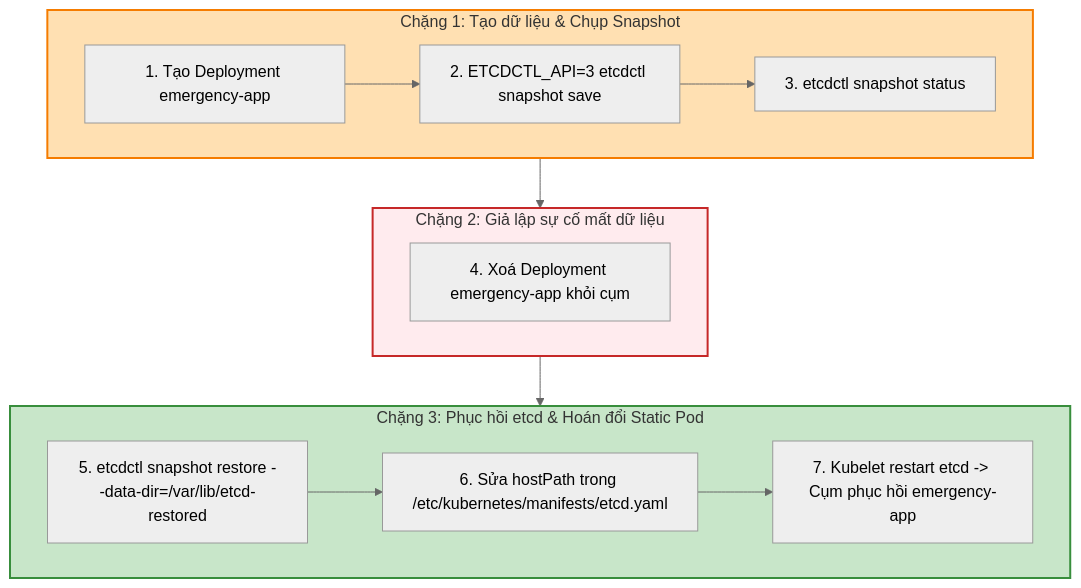
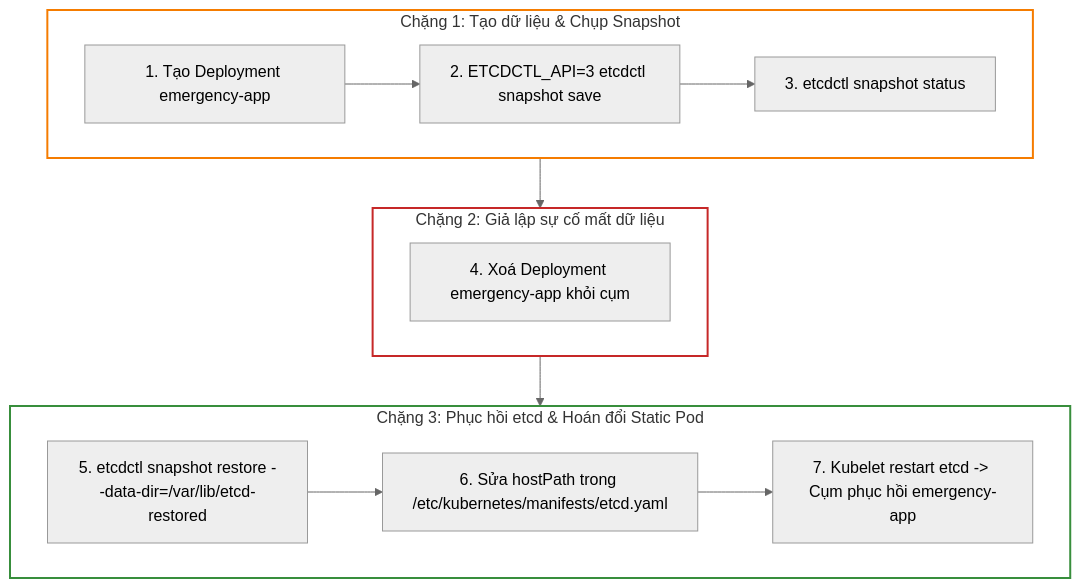
The third of 3 diagrams in _posts/2026-09-12-cka-09-09-etcd-sao-luu-va-phuc-hoi.md (kiennt308/ntk), drawn with Mermaid (neutral theme) before and after one commit. The commit also changed other lines of this file and 207 other files, not shown here.

Commit message:
feat(posts): batch standardize all 208 posts with TL;DR, qa-card accordion, fill:none mermaid, and liquid raw wrappers

````diff
--- a/_posts/2026-09-12-cka-09-09-etcd-sao-luu-va-phuc-hoi.md
+++ b/_posts/2026-09-12-cka-09-09-etcd-sao-luu-va-phuc-hoi.md
@@ -469,23 +473,23 @@
 ```mermaid
 graph TD
     subgraph Phase1 ["Chặng 1: Tạo dữ liệu & Chụp Snapshot"]
         APP["1. Tạo Deployment emergency-app"] --> SAVE["2. ETCDCTL_API=3 etcdctl snapshot save"]
         SAVE --> VERIFY["3. etcdctl snapshot status"]
     end
 
     subgraph Phase2 ["Chặng 2: Giả lập sự cố mất dữ liệu"]
         DEL["4. Xoá Deployment emergency-app khỏi cụm"]
     end
 
     subgraph Phase3 ["Chặng 3: Phục hồi etcd & Hoán đổi Static Pod"]
         RESTORE["5. etcdctl snapshot restore --data-dir=/var/lib/etcd-restored"] --> SWAP["6. Sửa hostPath trong /etc/kubernetes/manifests/etcd.yaml"]
         SWAP --> RECOVERY["7. Kubelet restart etcd -> Cụm phục hồi emergency-app"]
     end
 
     Phase1 --> Phase2
     Phase2 --> Phase3
 
-    style Phase1 fill:#ffe0b2,stroke:#f57c00,stroke-width:2px
-    style Phase2 fill:#ffebee,stroke:#c62828,stroke-width:2px
-    style Phase3 fill:#c8e6c9,stroke:#388e3c,stroke-width:2px
+    style Phase1 fill:none,stroke:#f57c00,stroke-width:2px
+    style Phase2 fill:none,stroke:#c62828,stroke-width:2px
+    style Phase3 fill:none,stroke:#388e3c,stroke-width:2px
 ```
````
